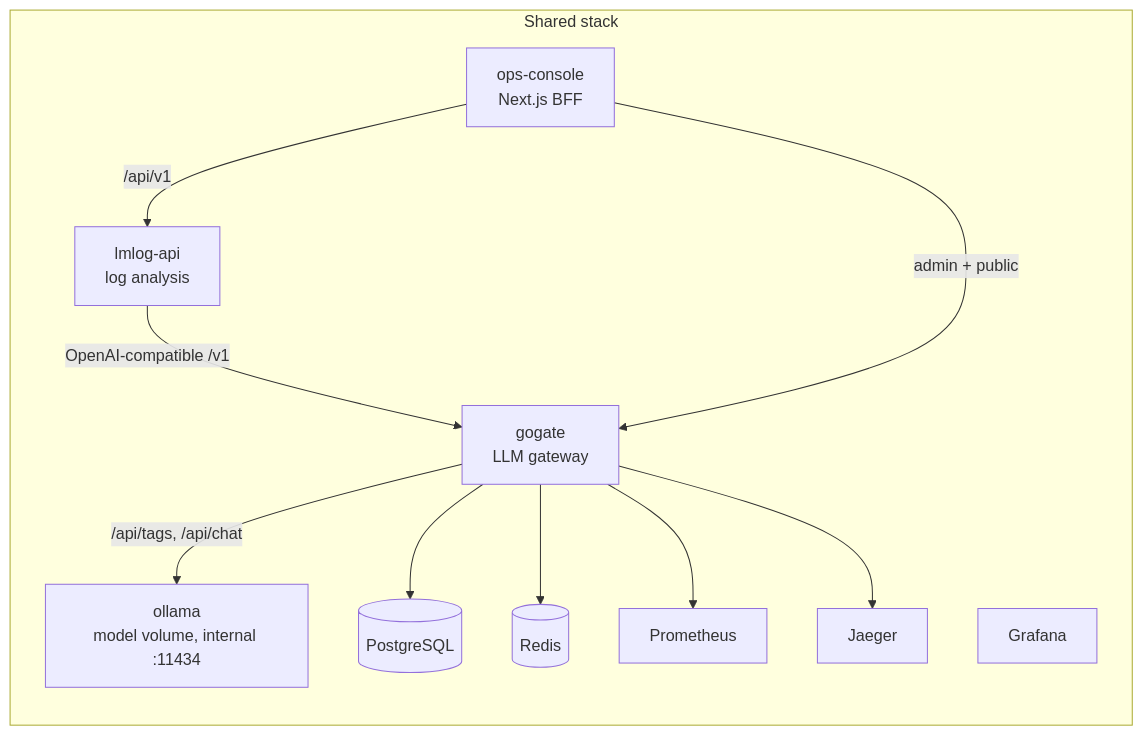
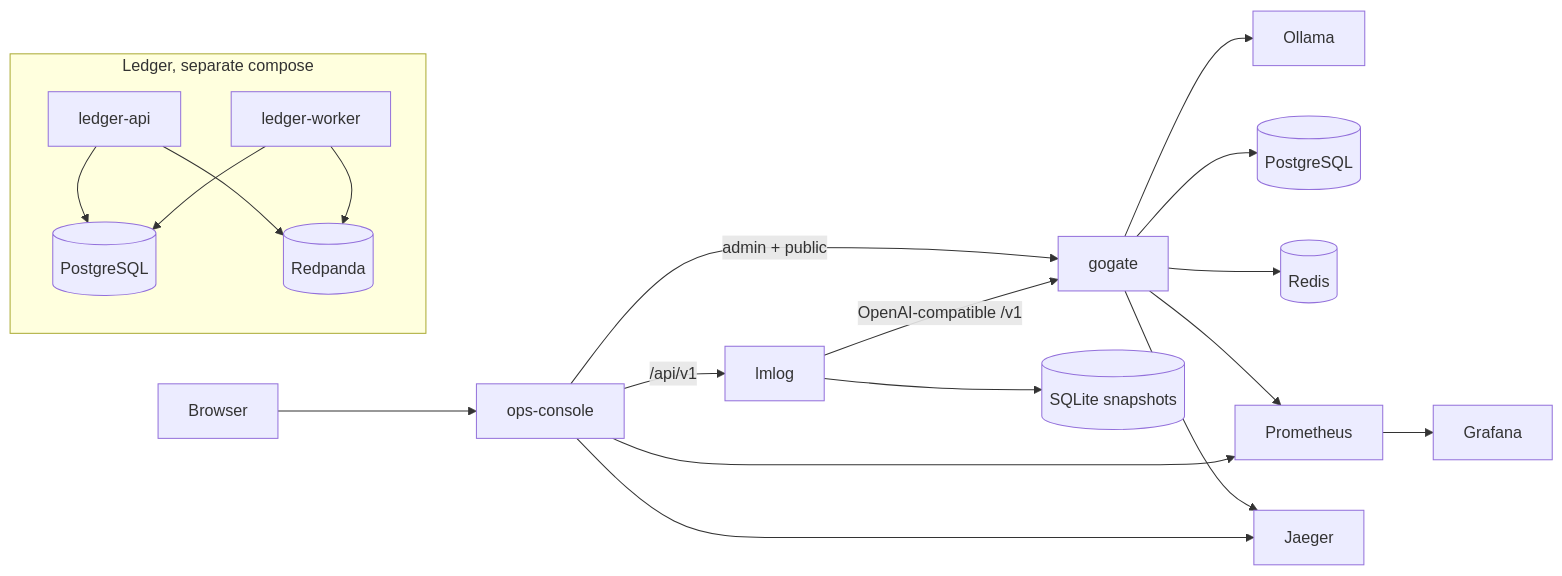
The diagram in README.en.md (yugrinovD/ai-ops-stack), drawn with Mermaid before and after one commit. The commit also changed other lines of this file and 17 other files, not shown here.

First line of the commit message:
docs: make ai-ops-stack the portfolio entry point

````diff
--- a/README.en.md
+++ b/README.en.md
@@ -6,23 +27,24 @@
 ```mermaid
 flowchart LR
-    subgraph stack[Shared stack]
-        O[ollama<br/>model volume, internal :11434]
-        G[gogate<br/>LLM gateway]
-        L[lmlog-api<br/>log analysis]
-        C[ops-console<br/>Next.js BFF]
-        P[Prometheus]
-        F[Grafana]
-        J[Jaeger]
-        DB[(PostgreSQL)]
-        R[(Redis)]
+    U[Browser] --> C[ops-console]
+    C -->|admin + public| G[gogate]
+    C -->|/api/v1| L[lmlog]
+    L -->|OpenAI-compatible /v1| G
+    G --> O[Ollama]
+    G --> PG[(PostgreSQL)]
+    G --> R[(Redis)]
+    L --> S[(SQLite snapshots)]
+
+    G --> P[Prometheus]
+    P --> F[Grafana]
+    G --> J[Jaeger]
+    C --> P
+    C --> J
+
+    subgraph ledger[Ledger, separate compose]
+        A[ledger-api] --> LP[(PostgreSQL)]
+        A --> RP[(Redpanda)]
+        W[ledger-worker] --> RP
+        W --> LP
     end
-
-    L -->|OpenAI-compatible /v1| G
-    C -->|admin + public| G
-    C -->|/api/v1| L
-    G -->|/api/tags, /api/chat| O
-    G --> DB
-    G --> R
-    G --> P
-    G --> J
 ```
````
